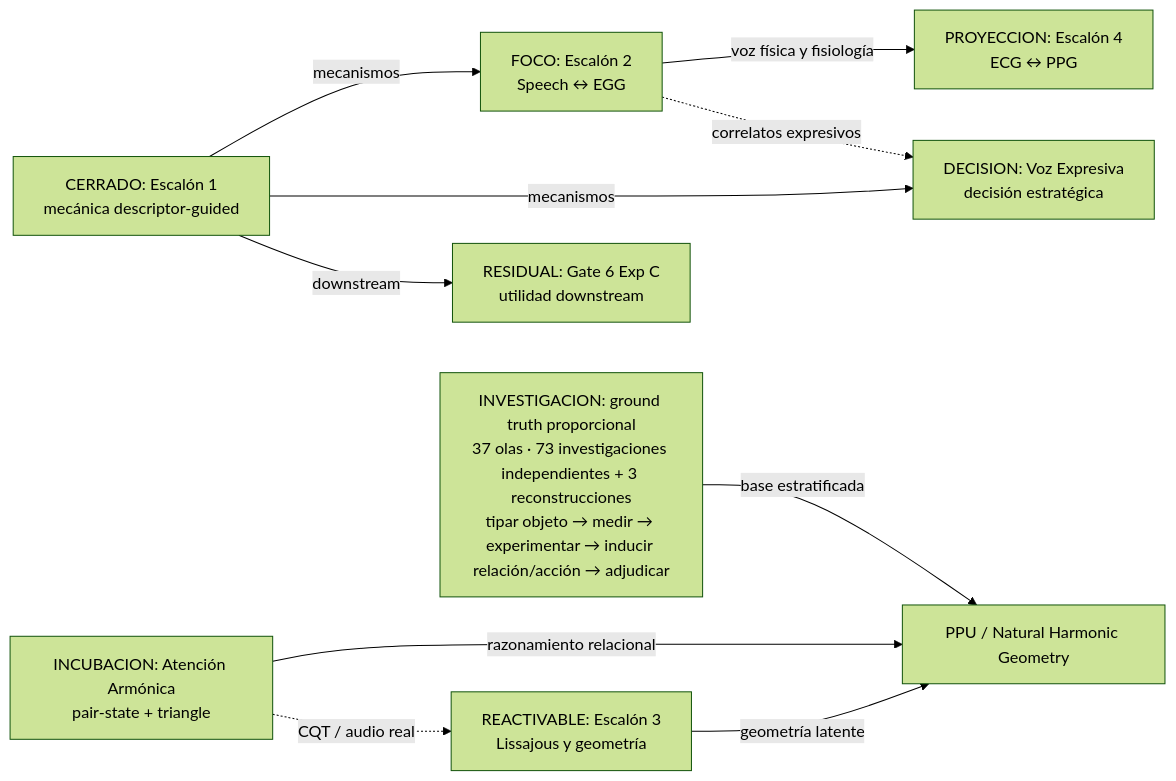
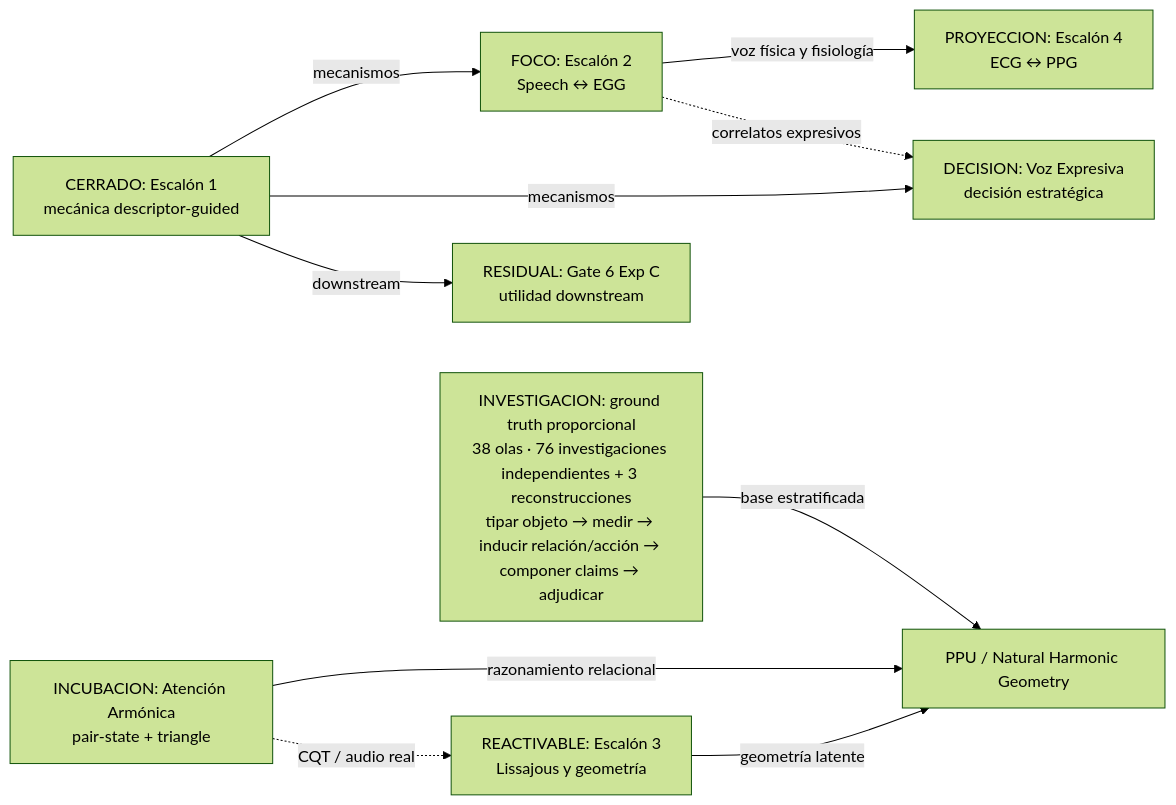
The first of 2 diagrams in Documents/05_WIKI/MAPA_VISUAL_DEL_PROGRAMA.md (Mar-IA-no/Phideus), drawn with Mermaid (forest theme) before and after one commit. The commit also changed 9 other files, not shown here.

````diff
--- a/Documents/05_WIKI/MAPA_VISUAL_DEL_PROGRAMA.md
+++ b/Documents/05_WIKI/MAPA_VISUAL_DEL_PROGRAMA.md
@@ -36,22 +36,22 @@
 ```mermaid
 flowchart LR
     E1["CERRADO: Escalón 1<br/>mecánica descriptor-guided"]
     G6["RESIDUAL: Gate 6 Exp C<br/>utilidad downstream"]
     E2["FOCO: Escalón 2<br/>Speech ↔ EGG"]
     VE["DECISION: Voz Expresiva<br/>decisión estratégica"]
     E3["REACTIVABLE: Escalón 3<br/>Lissajous y geometría"]
     AA["INCUBACION: Atención Armónica<br/>pair-state + triangle"]
     E4["PROYECCION: Escalón 4<br/>ECG ↔ PPG"]
     PPU["PPU / Natural Harmonic Geometry"]
-    GT["INVESTIGACION: ground truth proporcional<br/>37 olas · 73 investigaciones independientes + 3 reconstrucciones<br/>tipar objeto → medir → experimentar → inducir relación/acción → adjudicar"]
+    GT["INVESTIGACION: ground truth proporcional<br/>38 olas · 76 investigaciones independientes + 3 reconstrucciones<br/>tipar objeto → medir → inducir relación/acción → componer claims → adjudicar"]
 
     E1 -->|mecanismos| E2
     E1 -->|mecanismos| VE
     E1 -->|downstream| G6
     E2 -->|voz física y fisiología| E4
     E2 -.->|correlatos expresivos| VE
     E3 -->|geometría latente| PPU
     AA -->|razonamiento relacional| PPU
     GT -->|base estratificada| PPU
     AA -.->|CQT / audio real| E3
 ```
````
